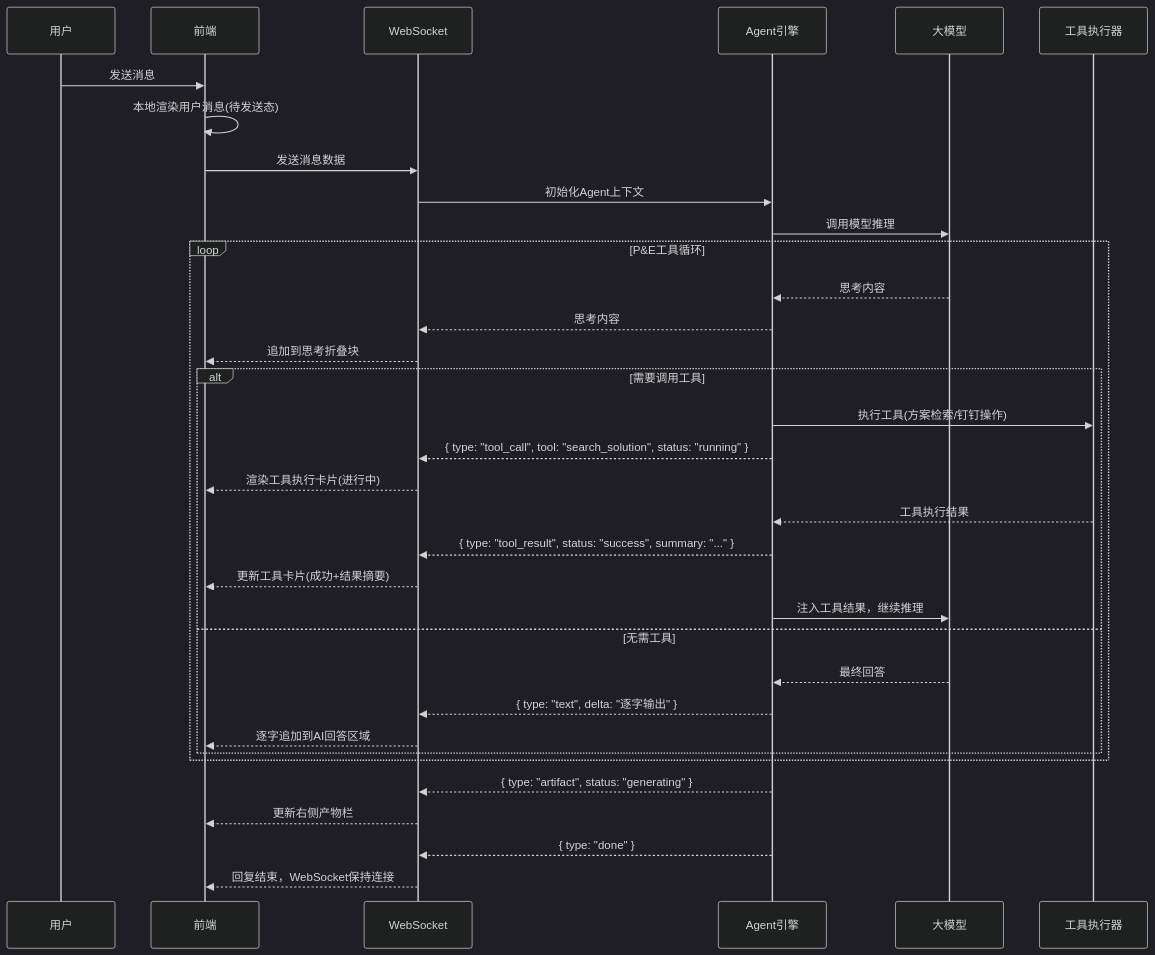
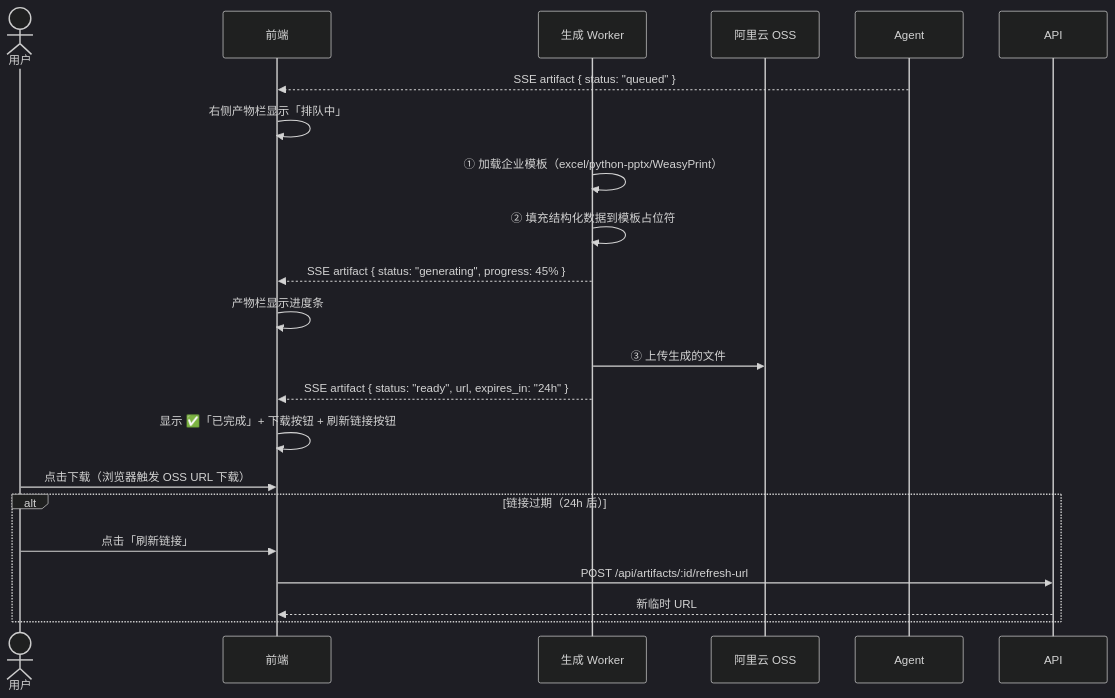
Diagram 12 of 24 in docs/需求文档/AI工作门户-MVP-PRD.md (fri555/PORTL), drawn with Mermaid (dark theme) before and after one commit. The commit also changed other lines of this file and 55 other files, not shown here.

````diff
--- a/docs/需求文档/AI工作门户-MVP-PRD.md
+++ b/docs/需求文档/AI工作门户-MVP-PRD.md
@@ -613,41 +756,26 @@
 ```mermaid
 sequenceDiagram
-    participant User as 用户
+    actor User as 用户
     participant FE as 前端
-    participant WS as WebSocket
-    participant Agent as Agent引擎
-    participant LLM as 大模型
-    participant Tool as 工具执行器
+    participant Art as 生成 Worker
+    participant OSS as 阿里云 OSS
 
-    User->>FE: 发送消息
-    FE->>FE: 本地渲染用户消息(待发送态)
-    FE->>WS: 发送消息数据
+    Agent-->>FE: SSE artifact { status: "queued" }
+    FE->>FE: 右侧产物栏显示「排队中」
 
-    WS->>Agent: 初始化Agent上下文
-    Agent->>LLM: 调用模型推理
+    Art->>Art: ① 加载企业模板（excel/python-pptx/WeasyPrint）
+    Art->>Art: ② 填充结构化数据到模板占位符
+    Art-->>FE: SSE artifact { status: "generating", progress: 45% }
+    FE->>FE: 产物栏显示进度条
 
-    loop P&E工具循环
-        LLM-->>Agent: 思考内容
-        Agent-->>WS: 思考内容
-        WS-->>FE: 追加到思考折叠块
+    Art->>OSS: ③ 上传生成的文件
+    Art-->>FE: SSE artifact { status: "ready", url, expires_in: "24h" }
+    FE->>FE: 显示 ✅「已完成」+ 下载按钮 + 刷新链接按钮
 
-        alt 需要调用工具
-            Agent->>Tool: 执行工具(方案检索/钉钉操作)
-            Agent-->>WS: { type: "tool_call", tool: "search_solution", status: "running" }
-            WS-->>FE: 渲染工具执行卡片(进行中)
-            Tool-->>Agent: 工具执行结果
-            Agent-->>WS: { type: "tool_result", status: "success", summary: "..." }
-            WS-->>FE: 更新工具卡片(成功+结果摘要)
-            Agent->>LLM: 注入工具结果，继续推理
-        else 无需工具
-            LLM-->>Agent: 最终回答
-            Agent-->>WS: { type: "text", delta: "逐字输出" }
-            WS-->>FE: 逐字追加到AI回答区域
-        end
+    User->>FE: 点击下载（浏览器触发 OSS URL 下载）
+    alt 链接过期（24h 后）
+        User->>FE: 点击「刷新链接」
+        FE->>API: POST /api/artifacts/:id/refresh-url
+        API-->>FE: 新临时 URL
     end
-
-    Agent-->>WS: { type: "artifact", status: "generating" }
-    WS-->>FE: 更新右侧产物栏
-    Agent-->>WS: { type: "done" }
-    WS-->>FE: 回复结束，WebSocket保持连接
 ```
````
